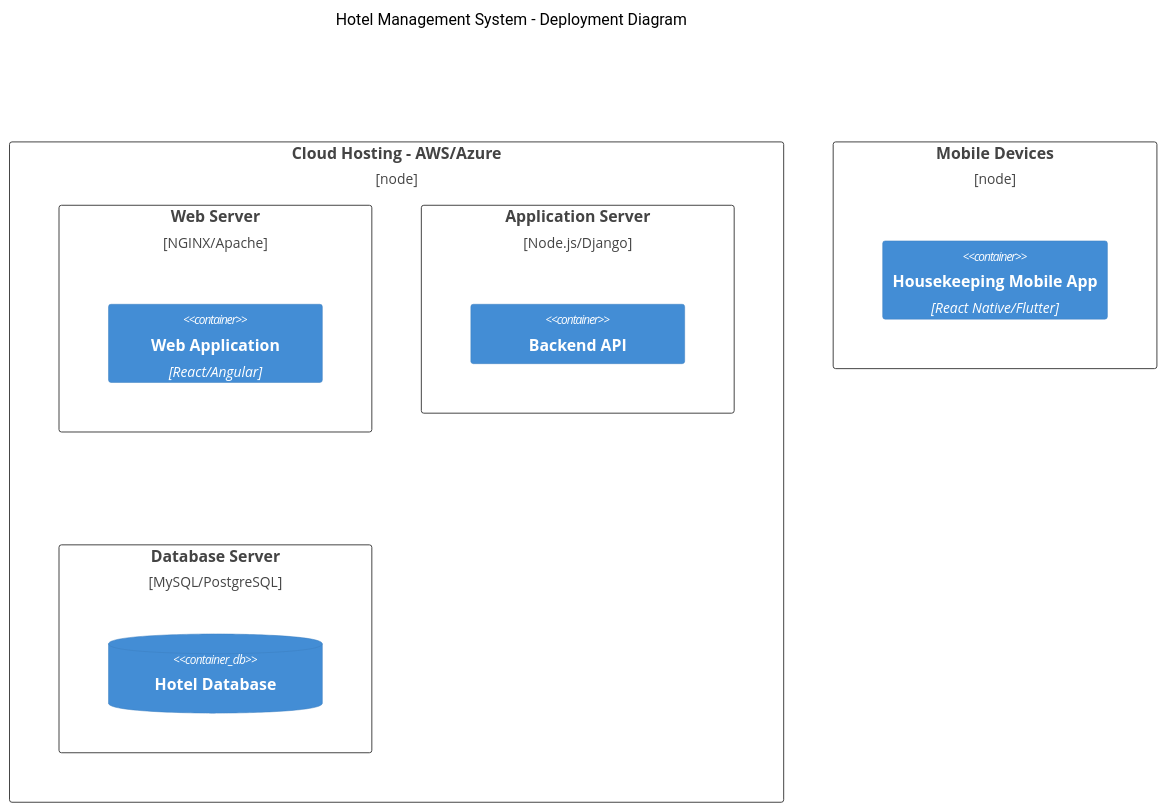
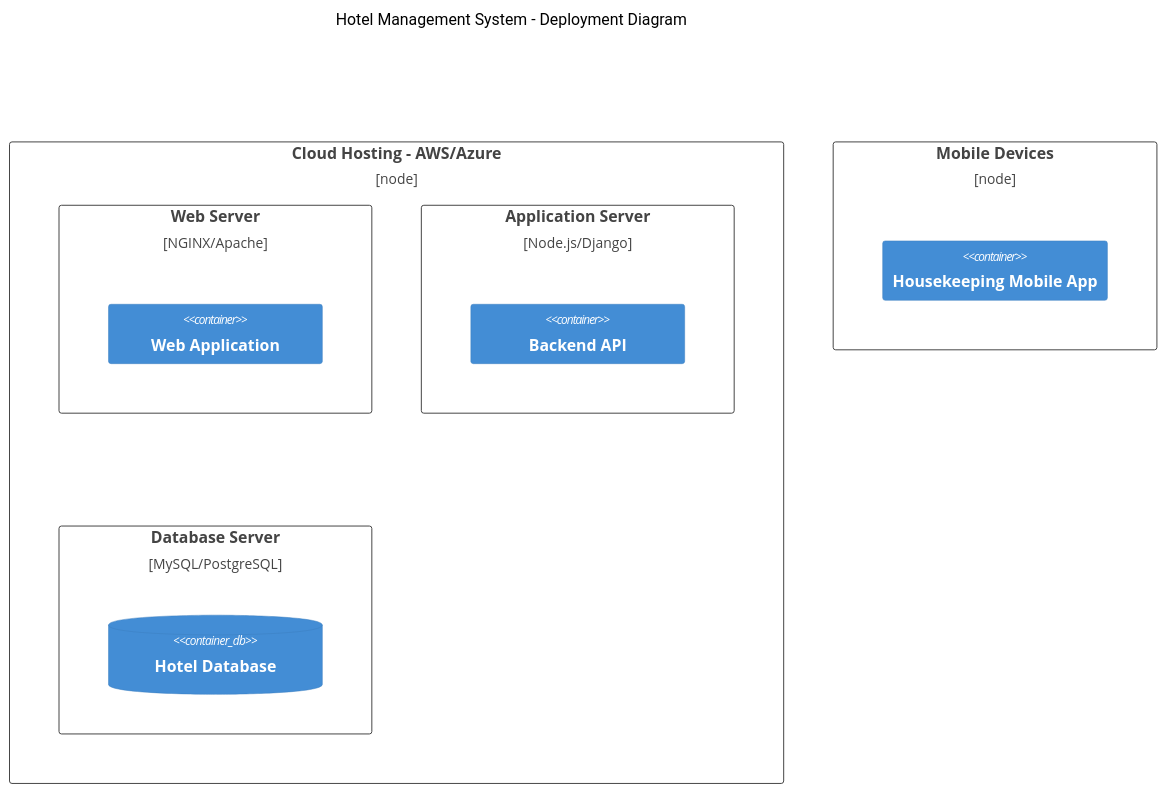
One commit to bokang-molaoa-18/Hotel-Management-System changed the fourth of 4 diagrams in ARCHITECTURE.md. Above: the diagram before and after it, drawn with Mermaid (neutral theme). The commit also changed other lines of this file, not shown here.

````diff
--- a/ARCHITECTURE.md
+++ b/ARCHITECTURE.md
@@ -56,19 +56,19 @@
 ```mermaid
 C4Deployment
   title Hotel Management System - Deployment Diagram
   Deployment_Node(aws, "Cloud Hosting - AWS/Azure") {
     Deployment_Node(webServer, "Web Server", "NGINX/Apache") {
-      Container(webApp, "Web Application", "React/Angular")
+      Container(webApp, "Web Application")
     }
     Deployment_Node(appServer, "Application Server", "Node.js/Django") {
       Container(api, "Backend API")
     }
     Deployment_Node(dbServer, "Database Server", "MySQL/PostgreSQL") {
       ContainerDb(database, "Hotel Database")
     }
   }
   
   Deployment_Node(mobileDevices, "Mobile Devices") {
-    Container(mobileApp, "Housekeeping Mobile App", "React Native/Flutter")
+    Container(mobileApp, "Housekeeping Mobile App")
   }
 ```
````
